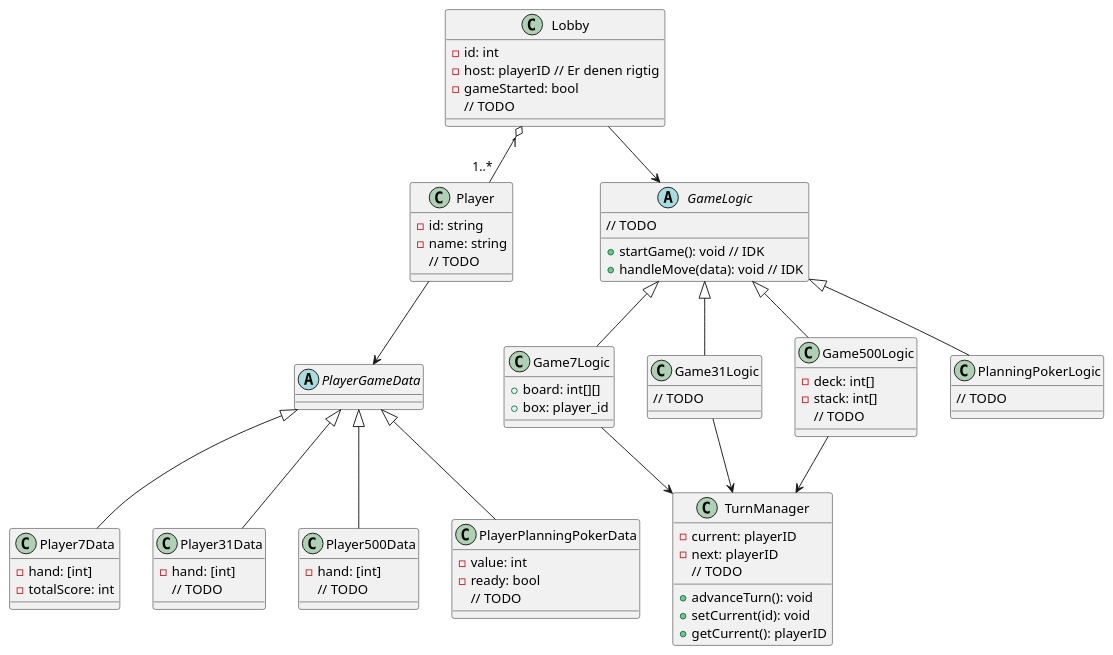
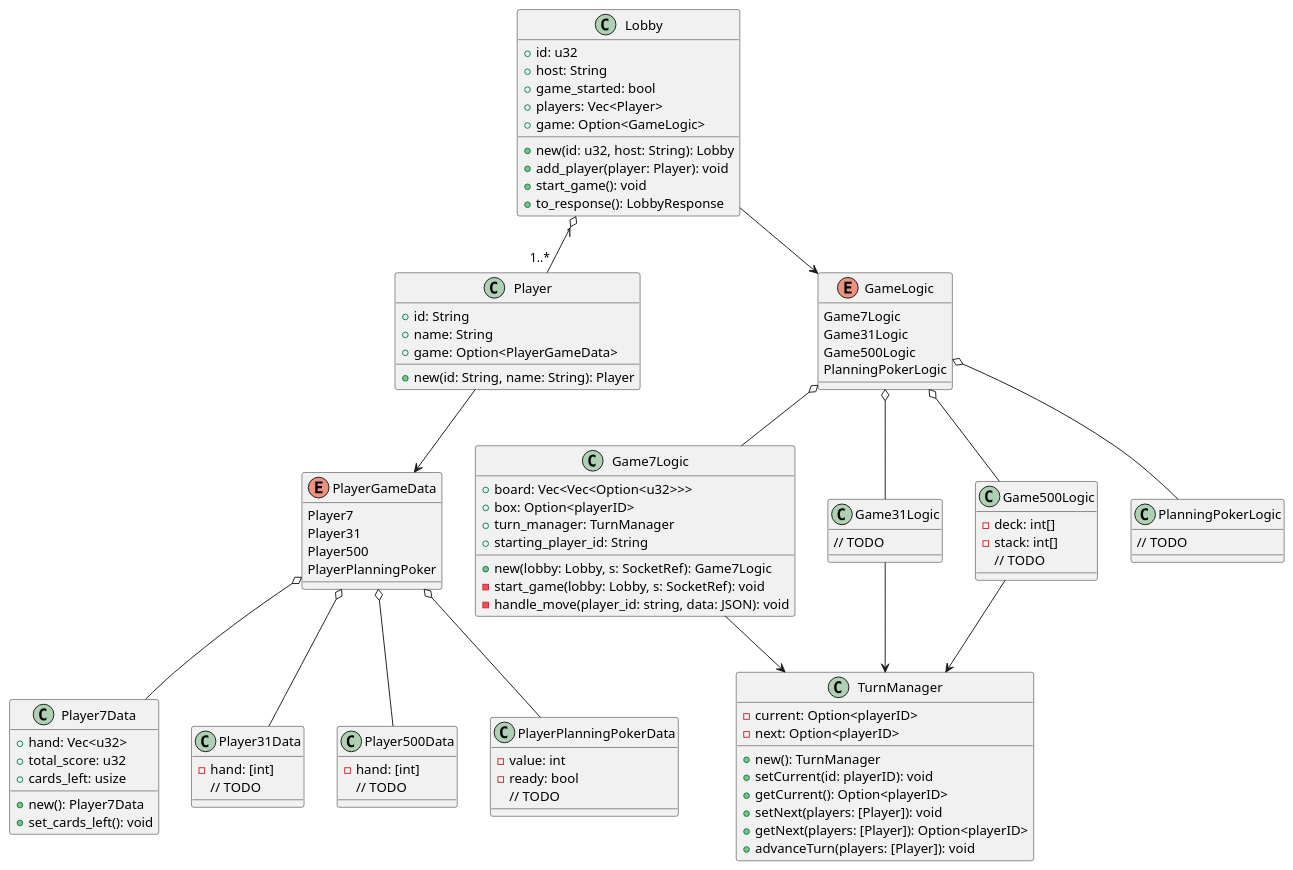
One commit to ChristianSteen-SW23/Card-Games changed the diagram in #Doc/uml/socketClassDiagram.puml. Above: the diagram before and after it, drawn with PlantUML.

Commit message:
Added more doc

```diff
--- a/#Doc/uml/socketClassDiagram.puml
+++ b/#Doc/uml/socketClassDiagram.puml
@@ -1,95 +1,117 @@
 @startuml socketClassDiagram
 
 class Lobby {
-    - id: int
-    - host: playerID // Er denen rigtig
-    - gameStarted: bool
-    // TODO
+    + id: u32
+    + host: String
+    + game_started: bool
+    + players: Vec<Player>
+    + game: Option<GameLogic>
+    + new(id: u32, host: String): Lobby
+    + add_player(player: Player): void
+    + start_game(): void
+    + to_response(): LobbyResponse
 }
 
 class Player {
-    - id: string
-    - name: string
-    // TODO
+    + id: String
+    + name: String
+    + game: Option<PlayerGameData>
+    + new(id: String, name: String): Player
 }
 
 
-abstract class GameLogic {
-    + startGame(): void // IDK
-    + handleMove(data): void // IDK
-    // TODO
+enum GameLogic {
+    Game7Logic
+    Game31Logic
+    Game500Logic
+    PlanningPokerLogic
 }
 
 class Game7Logic {
-    + board: int[][]
-    + box: player_id
+    + board: Vec<Vec<Option<u32>>>
+    + box: Option<playerID>
+    + turn_manager: TurnManager
+    + starting_player_id: String
+    + new(lobby: Lobby, s: SocketRef): Game7Logic
+    - start_game(lobby: Lobby, s: SocketRef): void
+    - handle_move(player_id: string, data: JSON): void
 }
 
 class Game31Logic {
     // TODO
 }
 
 class Game500Logic {
     - deck: int[]
     - stack: int[]
     // TODO
 }
 
 class PlanningPokerLogic {
     // TODO
 }
 
 
 class TurnManager {
-    - current: playerID
-    - next: playerID
-    + advanceTurn(): void
-    + setCurrent(id): void
-    + getCurrent(): playerID
-    // TODO
+    - current: Option<playerID>
+    - next: Option<playerID>
+    + new(): TurnManager
+    + setCurrent(id: playerID): void
+    + getCurrent(): Option<playerID>
+    + setNext(players: [Player]): void
+    + getNext(players: [Player]): Option<playerID>
+    + advanceTurn(players: [Player]): void
 }
 
 
-abstract class PlayerGameData
+enum PlayerGameData {
+    Player7
+    Player31
+    Player500
+    PlayerPlanningPoker
+}
 
 class Player7Data {
-    - hand: [int]
-    - totalScore: int
+    + hand: Vec<u32>
+    + total_score: u32
+    + cards_left: usize
+    + new(): Player7Data
+    + set_cards_left(): void
 }
 
 class Player31Data {
     - hand: [int]
     // TODO
 }
 
 class Player500Data {
     - hand: [int]
     // TODO
 }
 
 class PlayerPlanningPokerData {
     - value: int
     - ready: bool
     // TODO
 }
 
 
 Lobby --> GameLogic
-GameLogic <|-- Game7Logic
-GameLogic <|-- Game31Logic
-GameLogic <|-- Game500Logic
-GameLogic <|-- PlanningPokerLogic
+GameLogic o-- Game7Logic
+GameLogic o-- Game31Logic
+GameLogic o-- Game500Logic
+GameLogic o-- PlanningPokerLogic
 
 Game7Logic --> TurnManager
 Game31Logic --> TurnManager
 Game500Logic --> TurnManager
 
 Player --> PlayerGameData
-PlayerGameData <|-- Player7Data
-PlayerGameData <|-- Player31Data
-PlayerGameData <|-- Player500Data
-PlayerGameData <|-- PlayerPlanningPokerData
+PlayerGameData o-- Player7Data
+PlayerGameData o-- Player31Data
+PlayerGameData o-- Player500Data
+PlayerGameData o-- PlayerPlanningPokerData
 
 Lobby "1" o-- "1..*" Player
 
 @enduml
```
